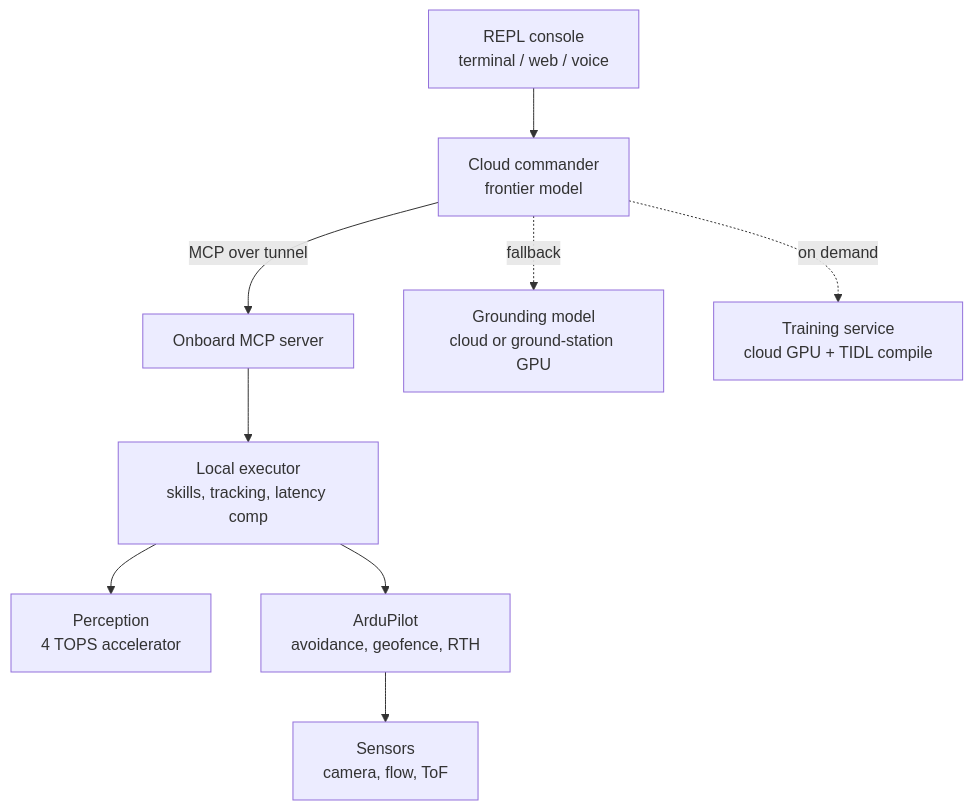
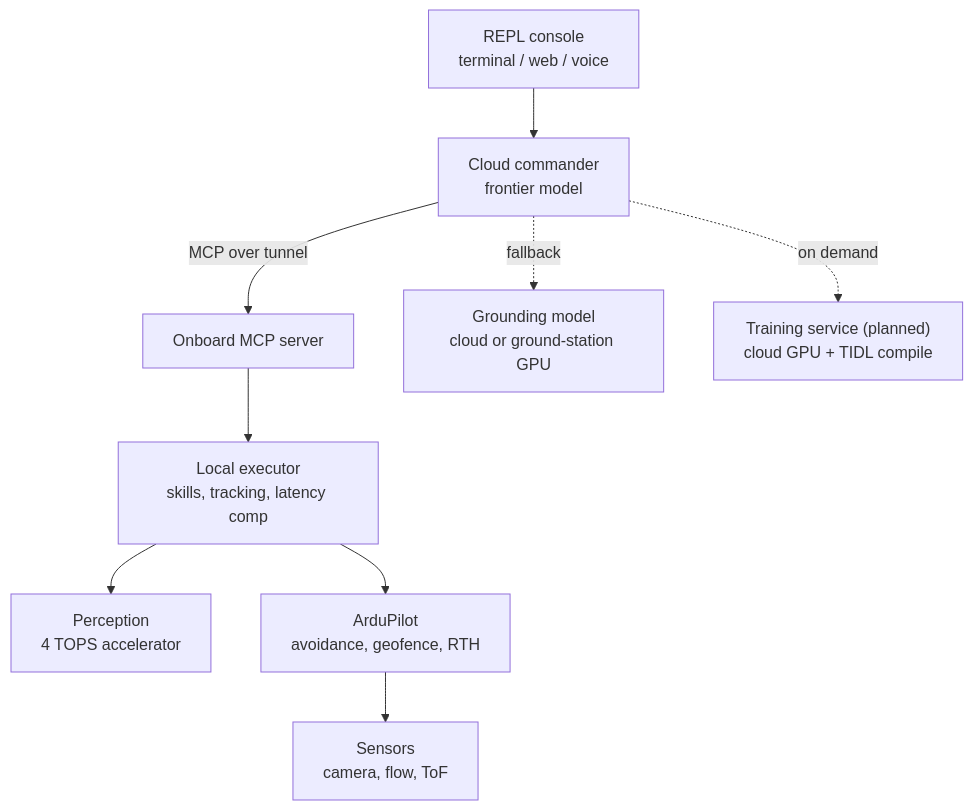
The first of 3 diagrams in HORUS — Design Document v2.md (seros-cimenstein/horus-drone), drawn with Mermaid before and after one commit. The commit also changed other lines of this file and 237 other files, not shown here.

````diff
--- a/HORUS — Design Document v2.md
+++ b/HORUS — Design Document v2.md
@@ -32,11 +32,11 @@
 ```mermaid
 flowchart TD
   R["REPL console<br/>terminal / web / voice"] --> C["Cloud commander<br/>frontier model"]
   C -->|MCP over tunnel| M["Onboard MCP server"]
   C -.fallback.-> G["Grounding model<br/>cloud or ground-station GPU"]
-  C -.on demand.-> T["Training service<br/>cloud GPU + TIDL compile"]
+  C -.on demand.-> T["Training service (planned)<br/>cloud GPU + TIDL compile"]
   M --> E["Local executor<br/>skills, tracking, latency comp"]
   E --> P["Perception<br/>4 TOPS accelerator"]
   E --> A["ArduPilot<br/>avoidance, geofence, RTH"]
   A --> S["Sensors<br/>camera, flow, ToF"]
 ```
````
